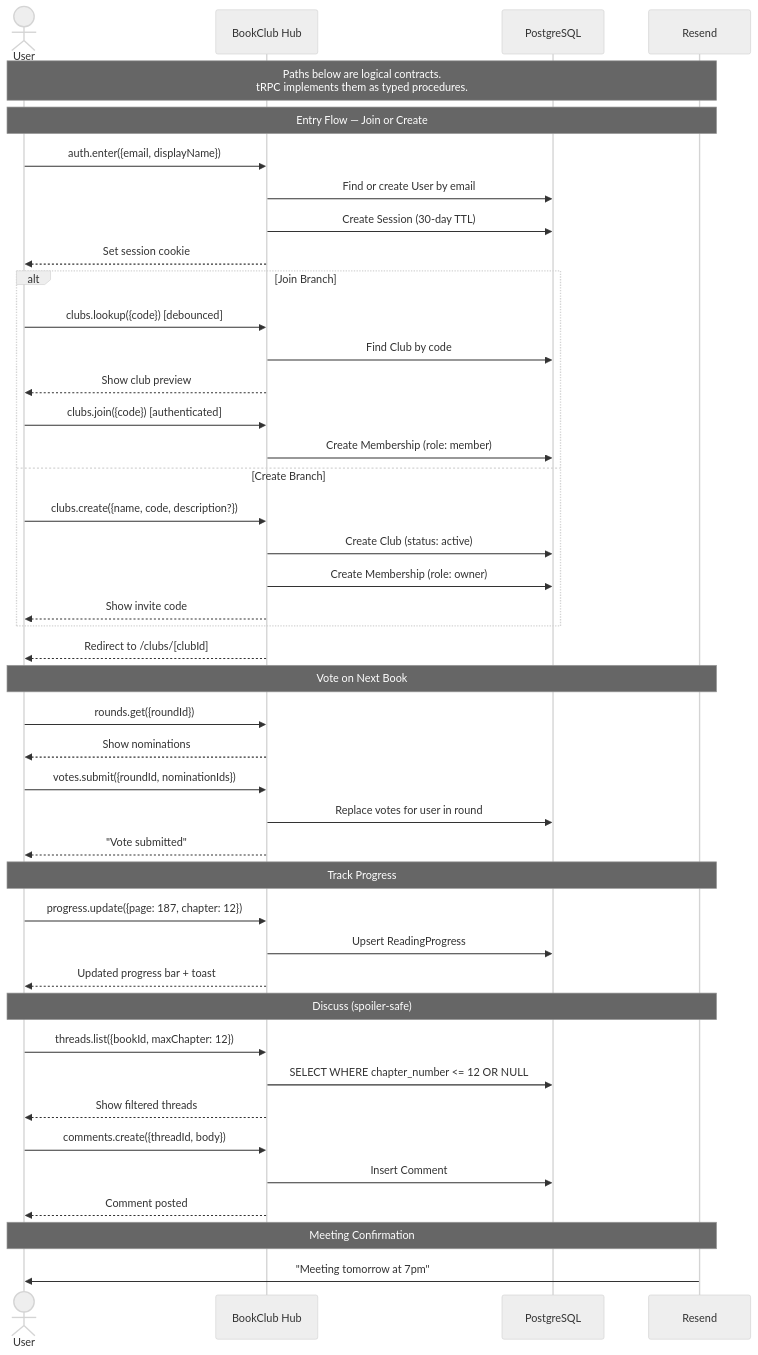
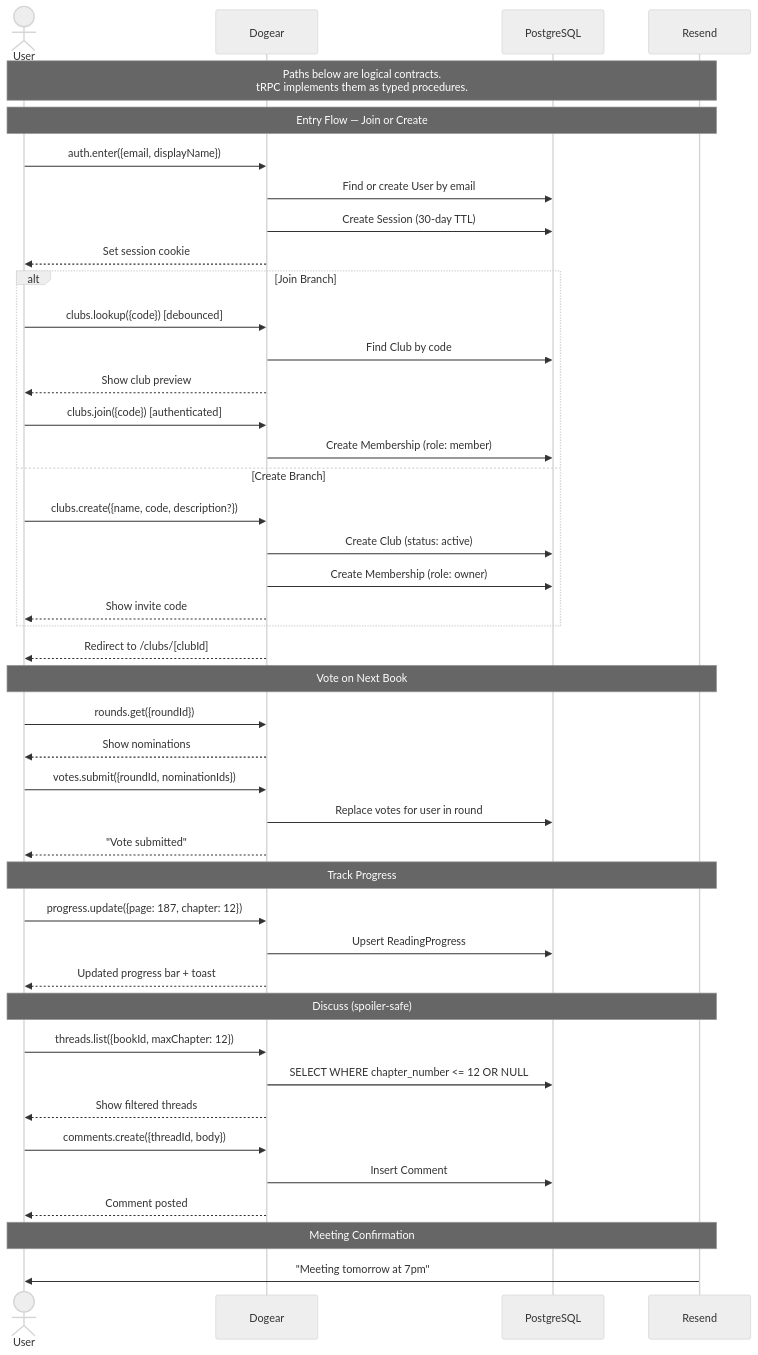
Before and after one commit to evanlwang/bookclub-hub: the third of 3 diagrams in docs/high-level-design.md, drawn with Mermaid (neutral theme). The commit also changed other lines of this file and 6 other files, not shown here.

Commit message:
docs: rename project BookClub Hub -> Dogear (prose only; paths preserved)

````diff
--- a/docs/high-level-design.md
+++ b/docs/high-level-design.md
@@ -256,53 +256,53 @@
 ```mermaid
 sequenceDiagram
     actor User
-    participant App as BookClub Hub
+    participant App as Dogear
     participant DB as PostgreSQL
     participant Email as Resend
 
     Note over User,Email: Paths below are logical contracts.<br/>tRPC implements them as typed procedures.
 
     Note over User,Email: Entry Flow — Join or Create
     User->>App: auth.enter({email, displayName})
     App->>DB: Find or create User by email
     App->>DB: Create Session (30-day TTL)
     App-->>User: Set session cookie
 
     alt Join Branch
         User->>App: clubs.lookup({code}) [debounced]
         App->>DB: Find Club by code
         App-->>User: Show club preview
         User->>App: clubs.join({code}) [authenticated]
         App->>DB: Create Membership (role: member)
     else Create Branch
         User->>App: clubs.create({name, code, description?})
         App->>DB: Create Club (status: active)
         App->>DB: Create Membership (role: owner)
         App-->>User: Show invite code
     end
 
     App-->>User: Redirect to /clubs/[clubId]
 
     Note over User,Email: Vote on Next Book
     User->>App: rounds.get({roundId})
     App-->>User: Show nominations
     User->>App: votes.submit({roundId, nominationIds})
     App->>DB: Replace votes for user in round
     App-->>User: "Vote submitted"
 
     Note over User,Email: Track Progress
     User->>App: progress.update({page: 187, chapter: 12})
     App->>DB: Upsert ReadingProgress
     App-->>User: Updated progress bar + toast
 
     Note over User,Email: Discuss (spoiler-safe)
     User->>App: threads.list({bookId, maxChapter: 12})
     App->>DB: SELECT WHERE chapter_number <= 12 OR NULL
     App-->>User: Show filtered threads
     User->>App: comments.create({threadId, body})
     App->>DB: Insert Comment
     App-->>User: Comment posted
 
     Note over User,Email: Meeting Confirmation
     Email->>User: "Meeting tomorrow at 7pm"
 ```
````
